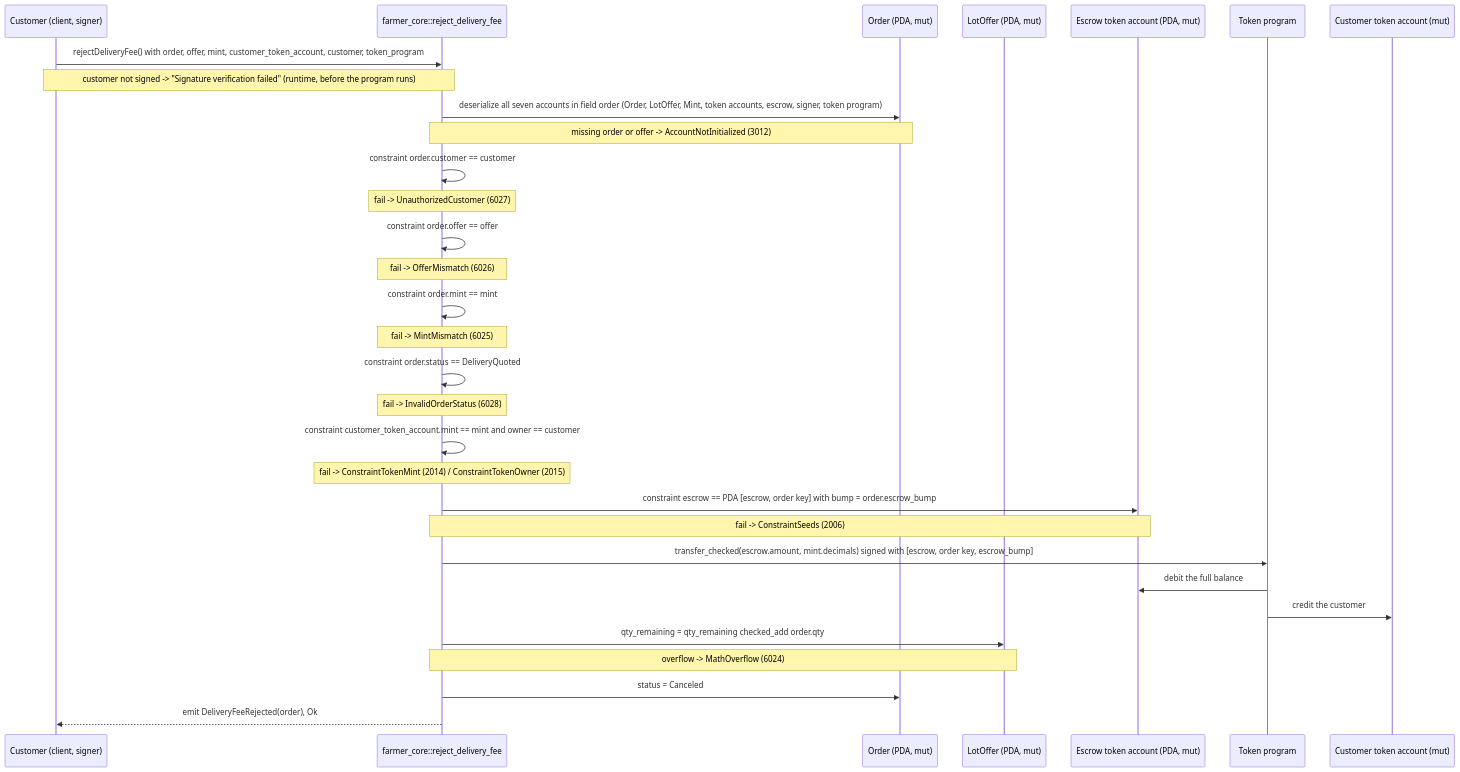
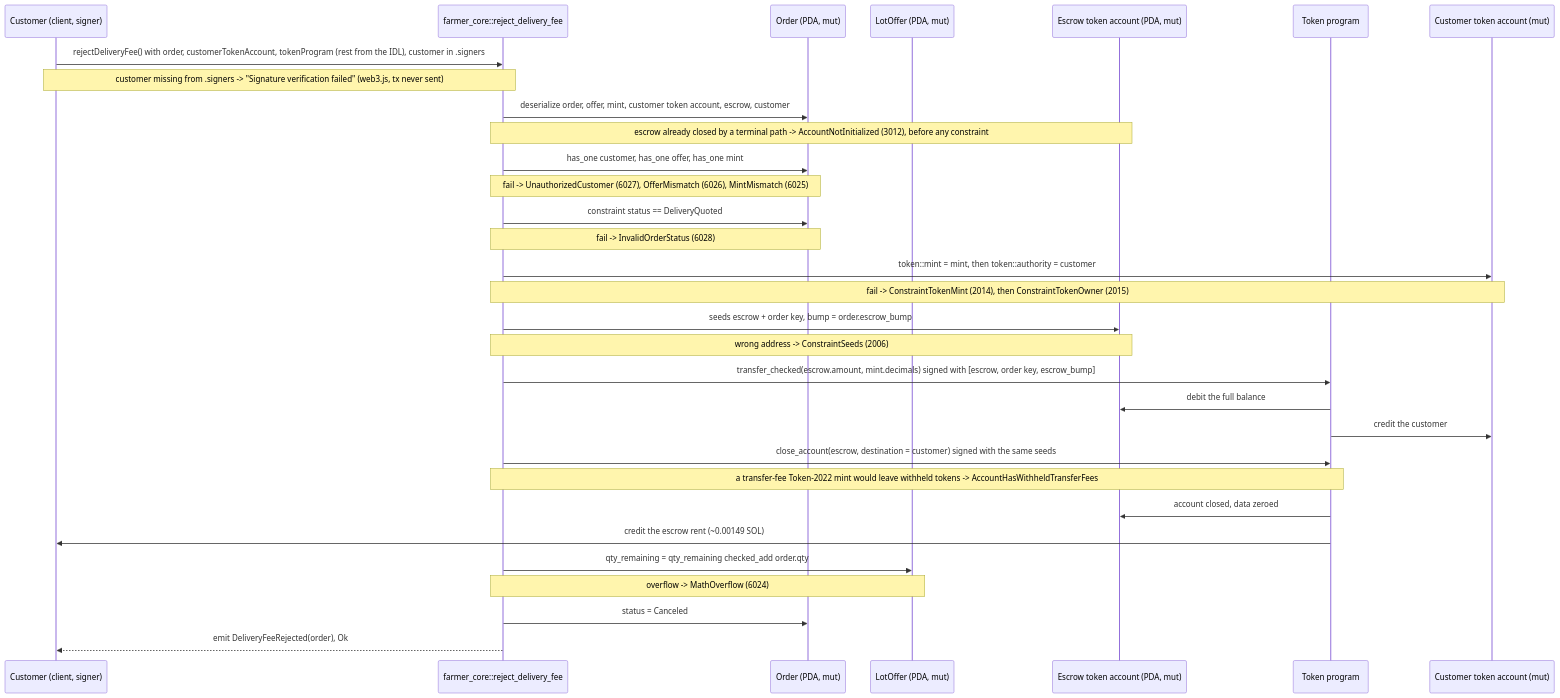
The diagram in LLM/instructions/reject_delivery_fee/HOW_IT_WORKS.md (disneyhomeshow/katubaya-solana), drawn with Mermaid before and after one commit. The commit also changed other lines of this file and 37 other files, not shown here.

````diff
--- a/LLM/instructions/reject_delivery_fee/HOW_IT_WORKS.md
+++ b/LLM/instructions/reject_delivery_fee/HOW_IT_WORKS.md
@@ -15,34 +17,34 @@
 ```mermaid
 sequenceDiagram
     participant C as Customer (client, signer)
     participant Pg as farmer_core::reject_delivery_fee
     participant O as Order (PDA, mut)
     participant LO as LotOffer (PDA, mut)
     participant ES as Escrow token account (PDA, mut)
     participant TP as Token program
     participant CTA as Customer token account (mut)
 
-    C->>Pg: rejectDeliveryFee() with order, offer, mint, customer_token_account, customer, token_program
-    Note over C,Pg: customer not signed -> "Signature verification failed" (runtime, before the program runs)
-    Pg->>O: deserialize all seven accounts in field order (Order, LotOffer, Mint, token accounts, escrow, signer, token program)
-    Note over Pg,O: missing order or offer -> AccountNotInitialized (3012)
-    Pg->>Pg: constraint order.customer == customer
-    Note over Pg: fail -> UnauthorizedCustomer (6027)
-    Pg->>Pg: constraint order.offer == offer
-    Note over Pg: fail -> OfferMismatch (6026)
-    Pg->>Pg: constraint order.mint == mint
-    Note over Pg: fail -> MintMismatch (6025)
-    Pg->>Pg: constraint order.status == DeliveryQuoted
-    Note over Pg: fail -> InvalidOrderStatus (6028)
-    Pg->>Pg: constraint customer_token_account.mint == mint and owner == customer
-    Note over Pg: fail -> ConstraintTokenMint (2014) / ConstraintTokenOwner (2015)
-    Pg->>ES: constraint escrow == PDA [escrow, order key] with bump = order.escrow_bump
-    Note over Pg,ES: fail -> ConstraintSeeds (2006)
+    C->>Pg: rejectDeliveryFee() with order, customerTokenAccount, tokenProgram (rest from the IDL), customer in .signers
+    Note over C,Pg: customer missing from .signers -> "Signature verification failed" (web3.js, tx never sent)
+    Pg->>O: deserialize order, offer, mint, customer token account, escrow, customer
+    Note over Pg,ES: escrow already closed by a terminal path -> AccountNotInitialized (3012), before any constraint
+    Pg->>O: has_one customer, has_one offer, has_one mint
+    Note over Pg,O: fail -> UnauthorizedCustomer (6027), OfferMismatch (6026), MintMismatch (6025)
+    Pg->>O: constraint status == DeliveryQuoted
+    Note over Pg,O: fail -> InvalidOrderStatus (6028)
+    Pg->>CTA: token::mint = mint, then token::authority = customer
+    Note over Pg,CTA: fail -> ConstraintTokenMint (2014), then ConstraintTokenOwner (2015)
+    Pg->>ES: seeds escrow + order key, bump = order.escrow_bump
+    Note over Pg,ES: wrong address -> ConstraintSeeds (2006)
     Pg->>TP: transfer_checked(escrow.amount, mint.decimals) signed with [escrow, order key, escrow_bump]
     TP->>ES: debit the full balance
     TP->>CTA: credit the customer
+    Pg->>TP: close_account(escrow, destination = customer) signed with the same seeds
+    Note over Pg,TP: a transfer-fee Token-2022 mint would leave withheld tokens -> AccountHasWithheldTransferFees
+    TP->>ES: account closed, data zeroed
+    TP->>C: credit the escrow rent (~0.00149 SOL)
     Pg->>LO: qty_remaining = qty_remaining checked_add order.qty
     Note over Pg,LO: overflow -> MathOverflow (6024)
     Pg->>O: status = Canceled
     Pg-->>C: emit DeliveryFeeRejected(order), Ok
 ```
````
